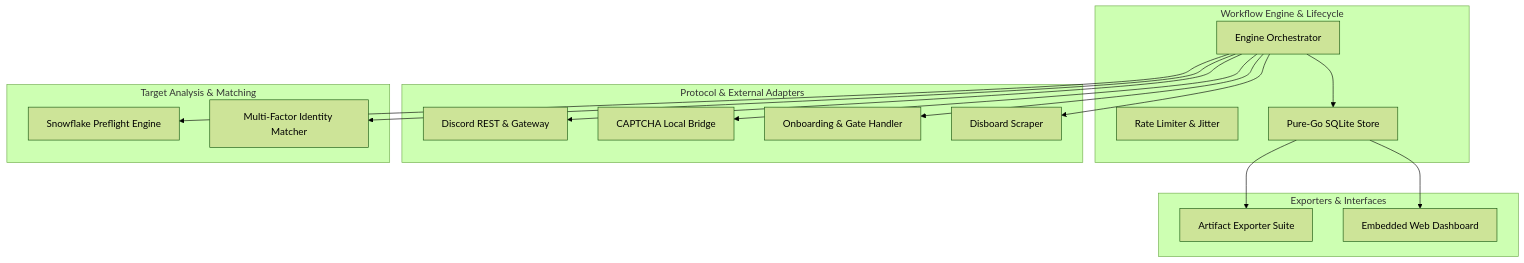
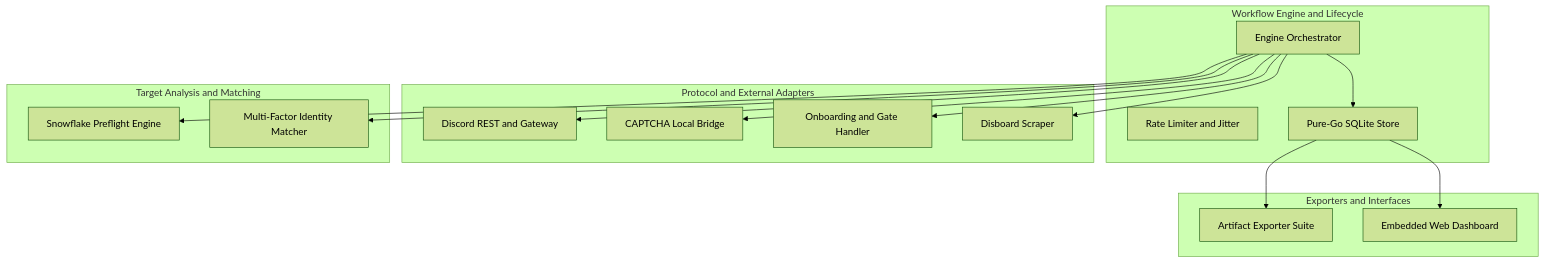
One commit to Kingof3O/discord-osint changed the first of 3 diagrams in docs/architecture.md. Above: the diagram before and after it, drawn with Mermaid (forest theme). The commit also changed other lines of this file and 1 other file, not shown here.

Commit message:
fix(docs): resolve Mermaid syntax errors and escape parameters in diagrams

````diff
--- a/docs/architecture.md
+++ b/docs/architecture.md
@@ -9,35 +9,35 @@
 ```mermaid
 graph TD
-    subgraph Core["Workflow Engine & Lifecycle"]
-        E[Engine Orchestrator]
-        R[Rate Limiter & Jitter]
-        S[Pure-Go SQLite Store]
+    subgraph Core["Workflow Engine and Lifecycle"]
+        E["Engine Orchestrator"]
+        R["Rate Limiter and Jitter"]
+        S["Pure-Go SQLite Store"]
     end
 
-    subgraph Adapters["Protocol & External Adapters"]
-        D[Discord REST & Gateway]
-        C[CAPTCHA Local Bridge]
-        O[Onboarding & Gate Handler]
-        B[Disboard Scraper]
+    subgraph Adapters["Protocol and External Adapters"]
+        D["Discord REST and Gateway"]
+        C["CAPTCHA Local Bridge"]
+        O["Onboarding and Gate Handler"]
+        B["Disboard Scraper"]
     end
 
-    subgraph Targets["Target Analysis & Matching"]
-        V[Snowflake Preflight Engine]
-        M[Multi-Factor Identity Matcher]
+    subgraph Targets["Target Analysis and Matching"]
+        V["Snowflake Preflight Engine"]
+        M["Multi-Factor Identity Matcher"]
     end
 
-    subgraph Presentation["Exporters & Interfaces"]
-        X[Artifact Exporter Suite]
-        U[Embedded Web Dashboard]
+    subgraph Presentation["Exporters and Interfaces"]
+        X["Artifact Exporter Suite"]
+        U["Embedded Web Dashboard"]
     end
 
     E --> V
     E --> B
     E --> D
     E --> C
     E --> O
     E --> M
     E --> S
     S --> X
     S --> U
 ```
````
